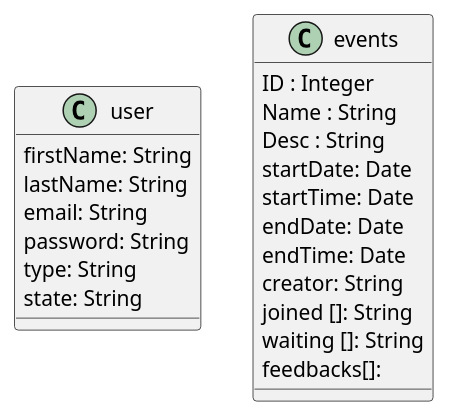
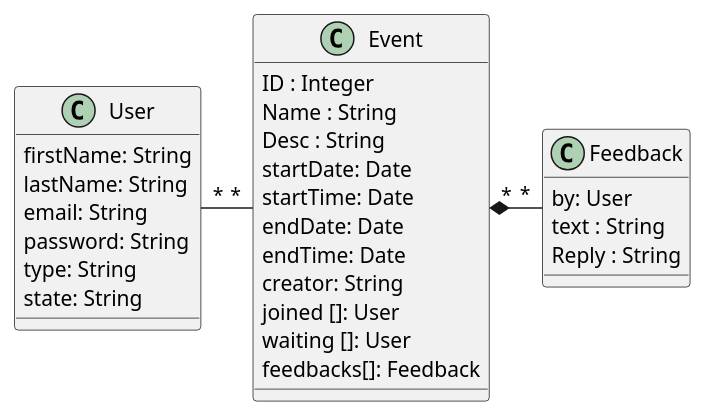
One commit to OmarAlghamdi/swe363-project-react changed the diagram in diagrams/class/class.puml. Above: the diagram before and after it, drawn with PlantUML.

```diff
--- a/diagrams/class/class.puml
+++ b/diagrams/class/class.puml
@@ -1,24 +1,33 @@
 @startuml
-class user {
+class User {
     firstName: String
     lastName: String
     email: String
     password: String
     type: String
     state: String
 }
 
-class events {
+class Event {
    ID : Integer
    Name : String
    Desc : String
    startDate: Date
    startTime: Date
    endDate: Date
    endTime: Date
    creator: String
-   joined []: String
-   waiting []: String
-   feedbacks[]:
+   joined []: User
+   waiting []: User
+   feedbacks[]: Feedback
 }
+
+class Feedback {
+   by: User
+   text : String
+   Reply : String
+}
+
+User "*" - "*" Event
+Event "*" *- "*" Feedback
 @enduml
```
